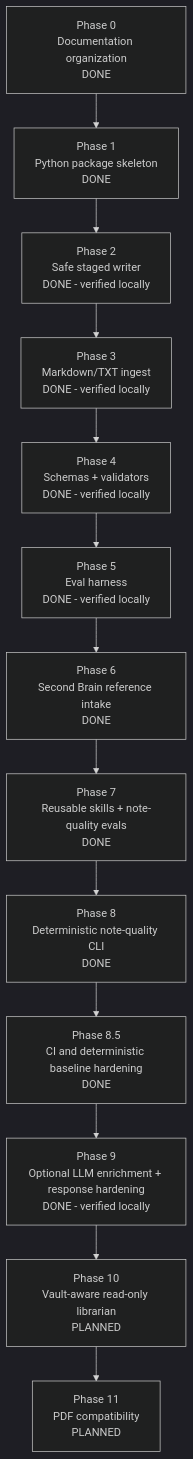
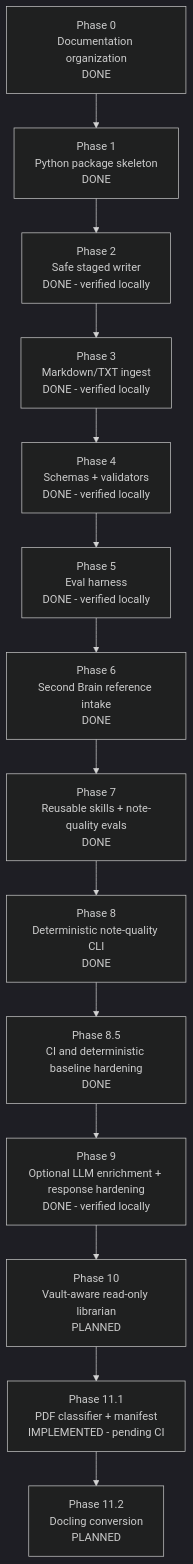
The diagram in docs/10_implementation_plan.md (Denys/obsidian-librarian-to-add), drawn with Mermaid (dark theme) before and after one commit. The commit also changed other lines of this file, not shown here.

Commit message:
Update Phase 11.1 implementation status

````diff
--- a/docs/10_implementation_plan.md
+++ b/docs/10_implementation_plan.md
@@ -5,18 +5,19 @@
 ```mermaid
 flowchart TD
     P0[Phase 0<br/>Documentation organization<br/>DONE]
     P1[Phase 1<br/>Python package skeleton<br/>DONE]
     P2[Phase 2<br/>Safe staged writer<br/>DONE - verified locally]
     P3[Phase 3<br/>Markdown/TXT ingest<br/>DONE - verified locally]
     P4[Phase 4<br/>Schemas + validators<br/>DONE - verified locally]
     P5[Phase 5<br/>Eval harness<br/>DONE - verified locally]
     P6[Phase 6<br/>Second Brain reference intake<br/>DONE]
     P7[Phase 7<br/>Reusable skills + note-quality evals<br/>DONE]
     P8[Phase 8<br/>Deterministic note-quality CLI<br/>DONE]
     P8_5[Phase 8.5<br/>CI and deterministic baseline hardening<br/>DONE]
     P9[Phase 9<br/>Optional LLM enrichment + response hardening<br/>DONE - verified locally]
     P10[Phase 10<br/>Vault-aware read-only librarian<br/>PLANNED]
-    P11[Phase 11<br/>PDF compatibility<br/>PLANNED]
+    P11[Phase 11.1<br/>PDF classifier + manifest<br/>IMPLEMENTED - pending CI]
+    P11_2[Phase 11.2<br/>Docling conversion<br/>PLANNED]
 
-    P0 --> P1 --> P2 --> P3 --> P4 --> P5 --> P6 --> P7 --> P8 --> P8_5 --> P9 --> P10 --> P11
+    P0 --> P1 --> P2 --> P3 --> P4 --> P5 --> P6 --> P7 --> P8 --> P8_5 --> P9 --> P10 --> P11 --> P11_2
 ```
````
